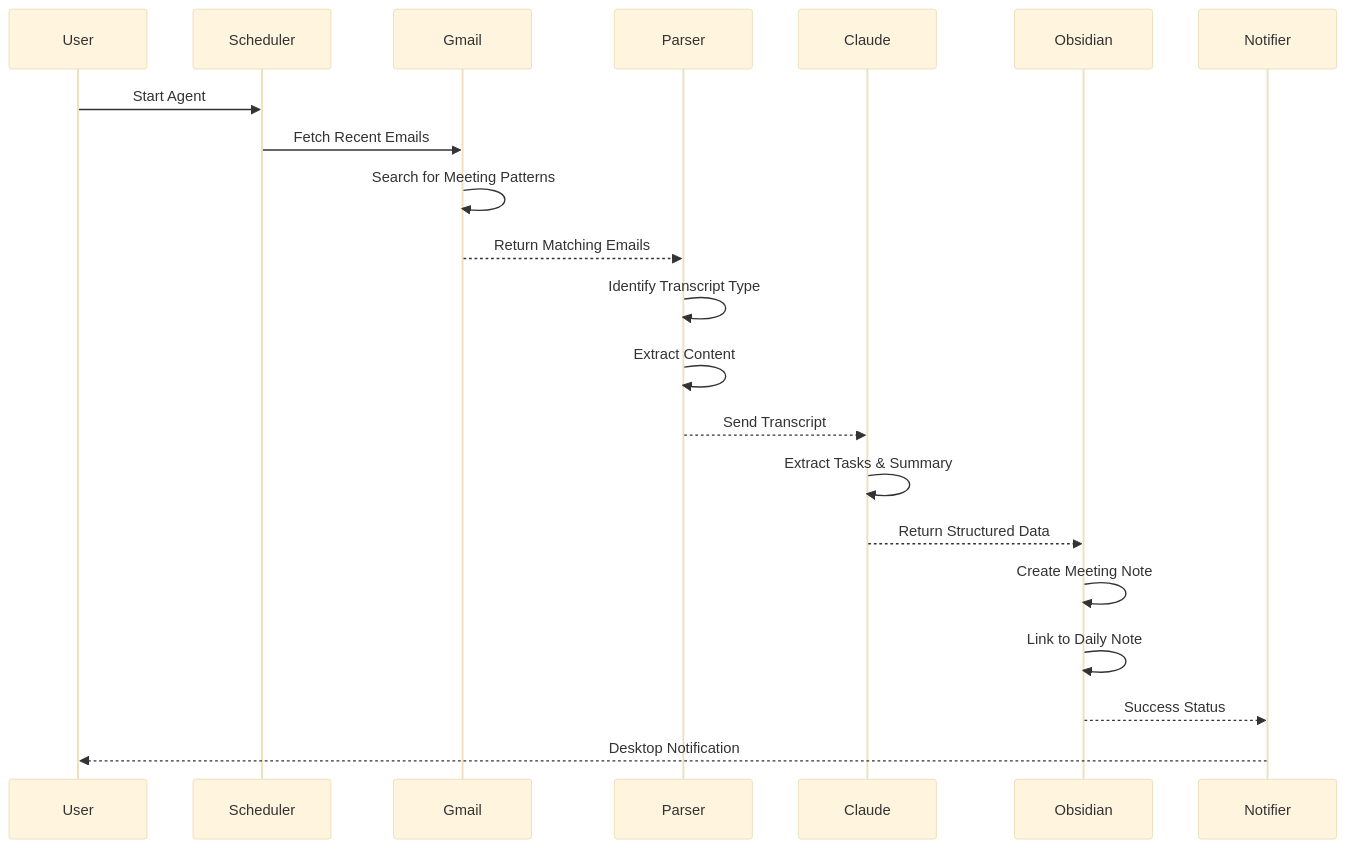
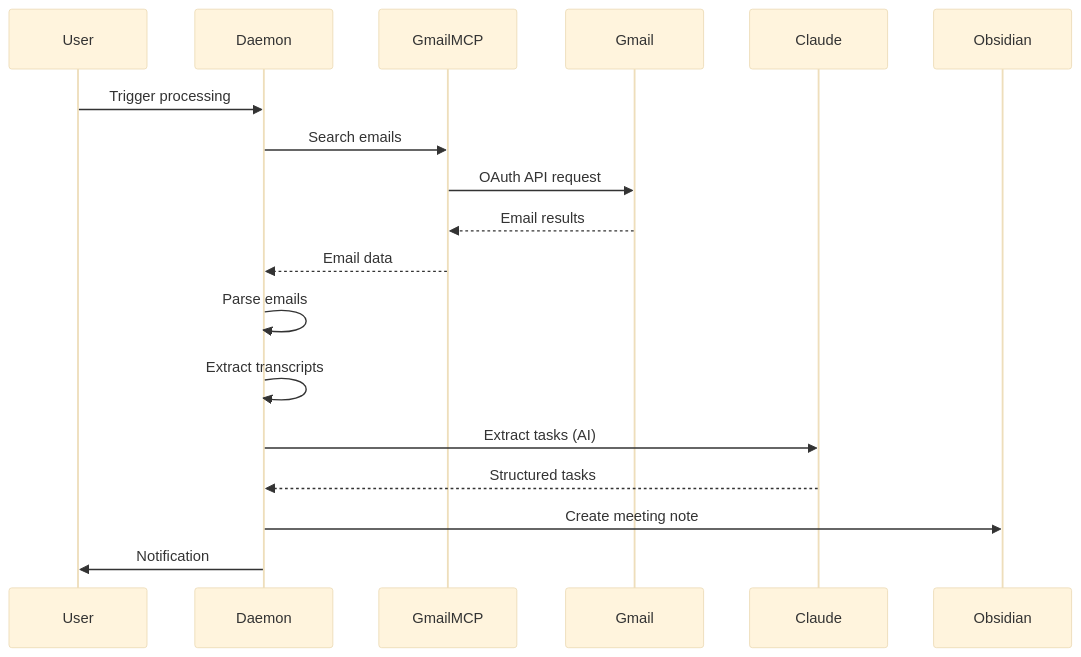
Before and after one commit to jimallen/TasksAgent: the second of 3 diagrams in docs/system-architecture.md, drawn with Mermaid (base theme). The commit also changed other lines of this file and 6 other files, not shown here.

First line of the commit message:
docs: comprehensive documentation update for unified daemon architecture

````diff
--- a/docs/system-architecture.md
+++ b/docs/system-architecture.md
@@ -99,24 +153,24 @@
 ```mermaid
 sequenceDiagram
     participant User
-    participant Scheduler
+    participant Daemon
+    participant GmailMCP
     participant Gmail
-    participant Parser
     participant Claude
     participant Obsidian
-    participant Notifier
     
-    User->>Scheduler: Start Agent
-    Scheduler->>Gmail: Fetch Recent Emails
-    Gmail->>Gmail: Search for Meeting Patterns
-    Gmail-->>Parser: Return Matching Emails
-    Parser->>Parser: Identify Transcript Type
-    Parser->>Parser: Extract Content
-    Parser-->>Claude: Send Transcript
-    Claude->>Claude: Extract Tasks & Summary
-    Claude-->>Obsidian: Return Structured Data
-    Obsidian->>Obsidian: Create Meeting Note
-    Obsidian->>Obsidian: Link to Daily Note
-    Obsidian-->>Notifier: Success Status
-    Notifier-->>User: Desktop Notification
+    User->>Daemon: Trigger processing
+    Daemon->>GmailMCP: Search emails
+    GmailMCP->>Gmail: OAuth API request
+    Gmail-->>GmailMCP: Email results
+    GmailMCP-->>Daemon: Email data
+    
+    Daemon->>Daemon: Parse emails
+    Daemon->>Daemon: Extract transcripts
+    
+    Daemon->>Claude: Extract tasks (AI)
+    Claude-->>Daemon: Structured tasks
+    
+    Daemon->>Obsidian: Create meeting note
+    Daemon->>User: Notification
 ```
````
